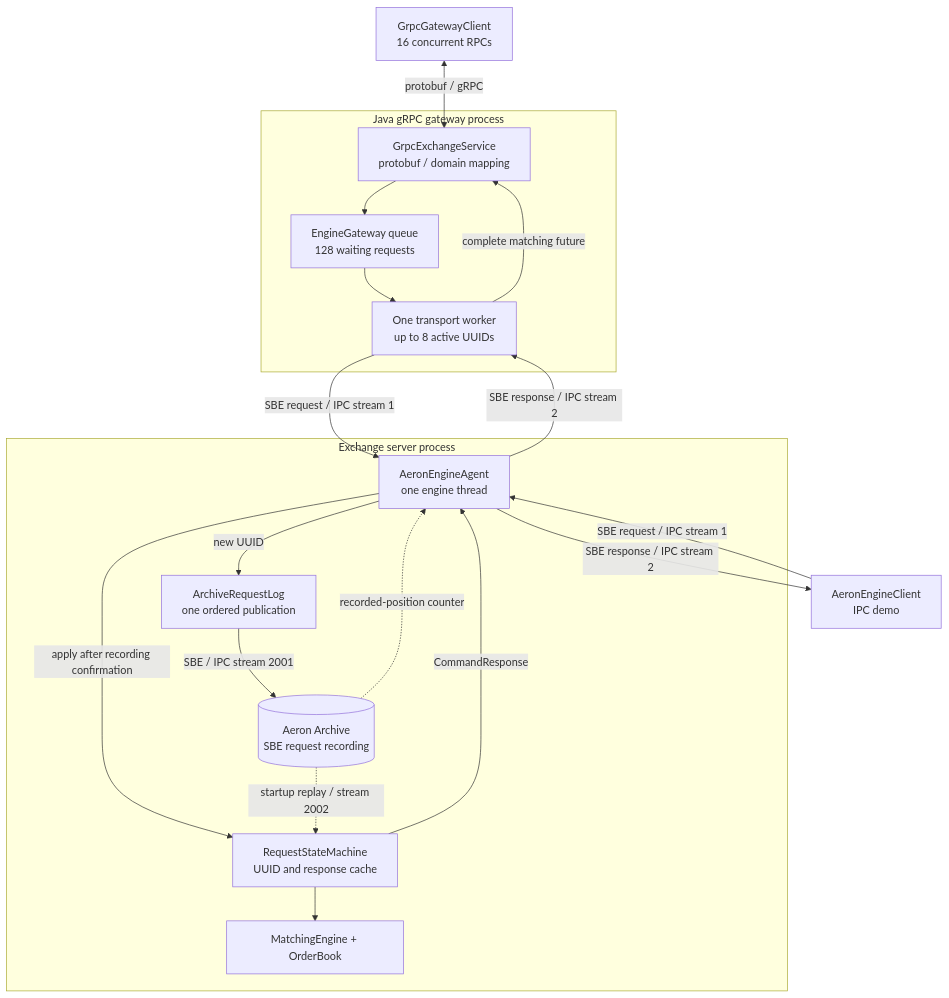
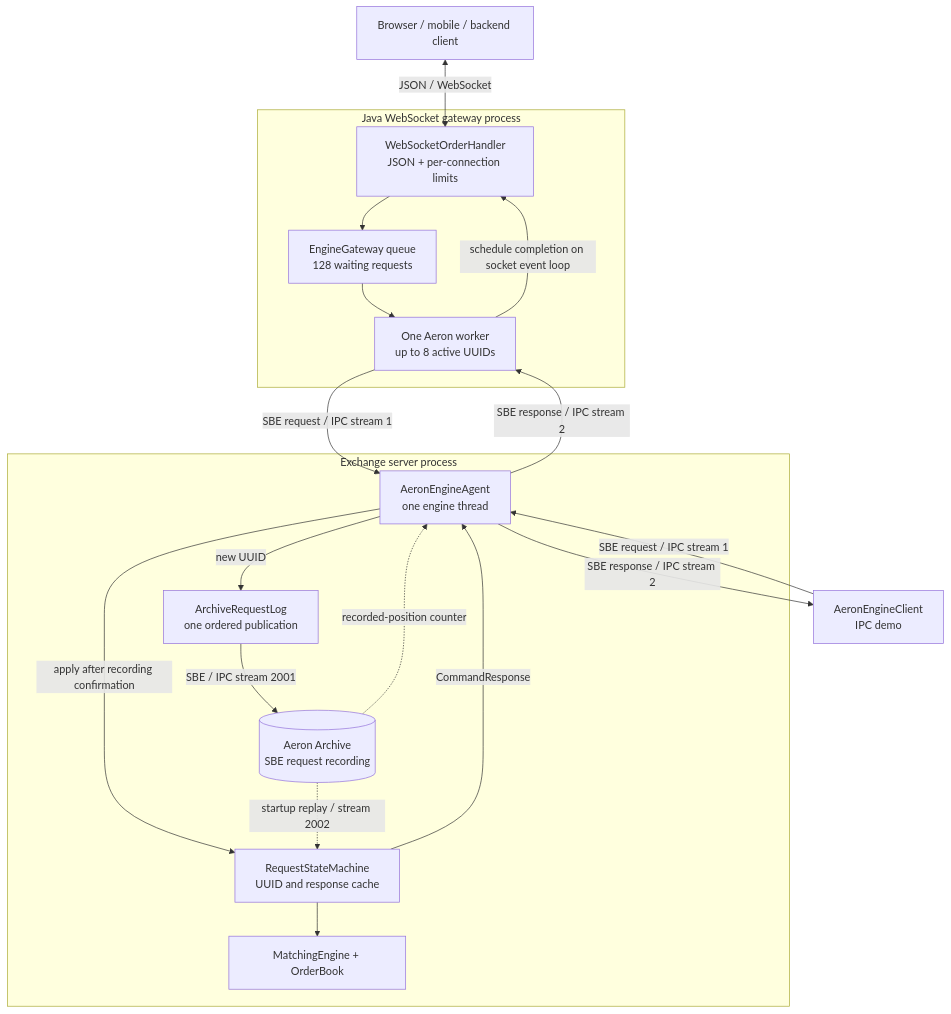
Before and after one commit to samctensen/exchange-lab: the diagram in docs/architecture.md, drawn with Mermaid. The commit also changed other lines of this file and 6 other files, not shown here.

Commit message:
docs: explain WebSocket setup and architecture after gRPC retirement

````diff
--- a/docs/architecture.md
+++ b/docs/architecture.md
@@ -9,32 +9,31 @@
 ```mermaid
 flowchart TB
-  GrpcClient["GrpcGatewayClient<br/>16 concurrent RPCs"]
+  Browser["Browser / mobile / backend client"]
   Client["AeronEngineClient<br/>IPC demo"]
-  subgraph Gateway["Java gRPC gateway process"]
-    Service["GrpcExchangeService<br/>protobuf / domain mapping"]
+  subgraph Gateway["Java WebSocket gateway process"]
+    Socket["WebSocketOrderHandler<br/>JSON + per-connection limits"]
     Queue["EngineGateway queue<br/>128 waiting requests"]
-    Worker["One transport worker<br/>up to 8 active UUIDs"]
-    Service --> Queue
-    Queue --> Worker
-    Worker -->|"complete matching future"| Service
+    Worker["One Aeron worker<br/>up to 8 active UUIDs"]
+    Socket --> Queue --> Worker
+    Worker -->|"schedule completion on socket event loop"| Socket
   end
   subgraph Server["Exchange server process"]
     Agent["AeronEngineAgent<br/>one engine thread"]
     Log["ArchiveRequestLog<br/>one ordered publication"]
     Archive[("Aeron Archive<br/>SBE request recording")]
     State["RequestStateMachine<br/>UUID and response cache"]
     Engine["MatchingEngine + OrderBook"]
     Agent -->|"new UUID"| Log
     Log -->|"SBE / IPC stream 2001"| Archive
     Archive -.->|"recorded-position counter"| Agent
     Agent -->|"apply after recording confirmation"| State
     State --> Engine
     State -->|"CommandResponse"| Agent
     Archive -.->|"startup replay / stream 2002"| State
   end
+  Browser <-->|"JSON / WebSocket"| Socket
   Client -->|"SBE request / IPC stream 1"| Agent
   Agent -->|"SBE response / IPC stream 2"| Client
-  GrpcClient <-->|"protobuf / gRPC"| Service
   Worker -->|"SBE request / IPC stream 1"| Agent
   Agent -->|"SBE response / IPC stream 2"| Worker
 ```
````
